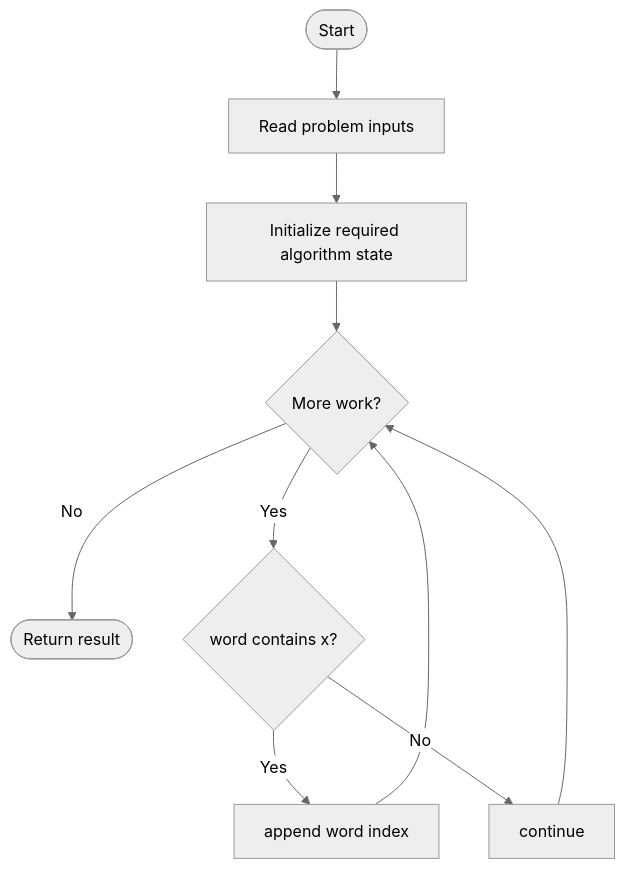
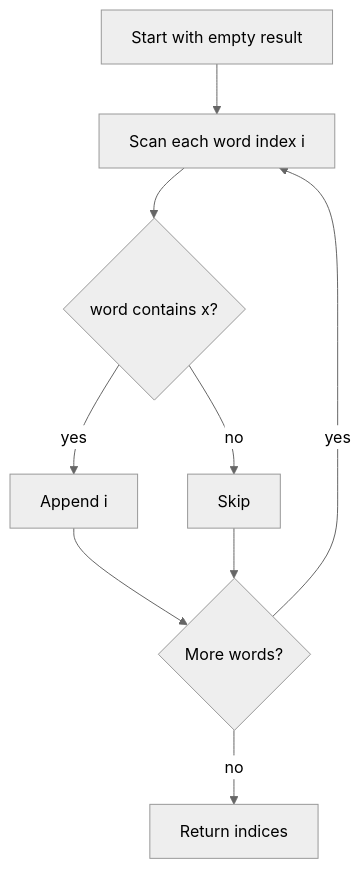
One commit to SAIDEEPBHANGE/C-CPP-Codes changed the diagram in LeetCode/2942/README.md. Above: the diagram before and after it, drawn with Mermaid (neutral theme). The commit also changed other lines of this file and 196 other files, not shown here.

````diff
--- a/LeetCode/2942/README.md
+++ b/LeetCode/2942/README.md
@@ -13,12 +42,11 @@
 ```mermaid
 flowchart TD
-    A([Start]) --> B[Read problem inputs]
-    B --> C[Initialize required algorithm state]
-    C --> D{More work?}
-    D -- No --> Z([Return result])
-    D -- Yes --> E{word contains x?}
-    E -- Yes --> F[append word index]
-    E -- No --> G[continue]
-    F --> D
-    G --> D
+    A[Start with empty result] --> B[Scan each word index i]
+    B --> C{word contains x?}
+    C -->|yes| D[Append i]
+    C -->|no| E[Skip]
+    D --> F{More words?}
+    E --> F
+    F -->|yes| B
+    F -->|no| G[Return indices]
 ```
````
